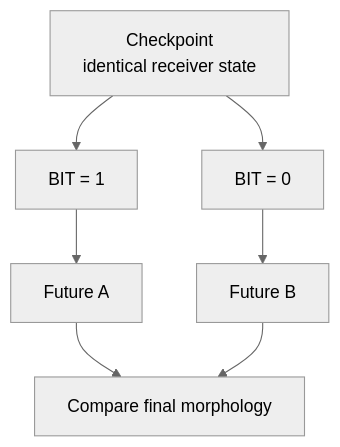
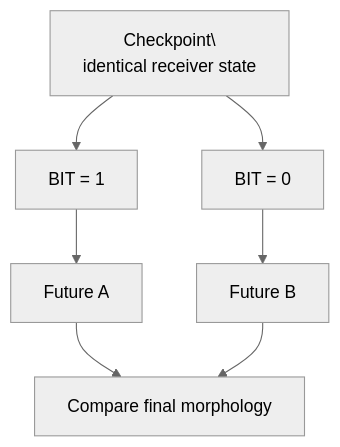
One commit to ernanhughes/Digital-Life changed the second of 5 diagrams in content/books/digital-life/16-before-there-are-messages.md/index.md. Above: the diagram before and after it, drawn with Mermaid (neutral theme). The commit also changed other lines of this file and 4 other files, not shown here.

````diff
--- a/content/books/digital-life/16-before-there-are-messages.md/index.md
+++ b/content/books/digital-life/16-before-there-are-messages.md/index.md
@@ -171,8 +171,8 @@
 ```mermaid
 flowchart TD
-    CK[Checkpoint<br/>identical receiver state] --> BIT1[BIT = 1]
-    CK --> BIT0[BIT = 0]
-    BIT1 --> FUT_A[Future A]
-    BIT0 --> FUT_B[Future B]
-    FUT_A & FUT_B --> COMP[Compare final morphology]
+    CK[Checkpoint\<br/>identical receiver state] --> BIT1[BIT = 1]
+    CK --> BIT0[BIT = 0]
+    BIT1 --> FUT_A[Future A]
+    BIT0 --> FUT_B[Future B]
+    FUT_A & FUT_B --> COMP[Compare final morphology]
 ```
````
